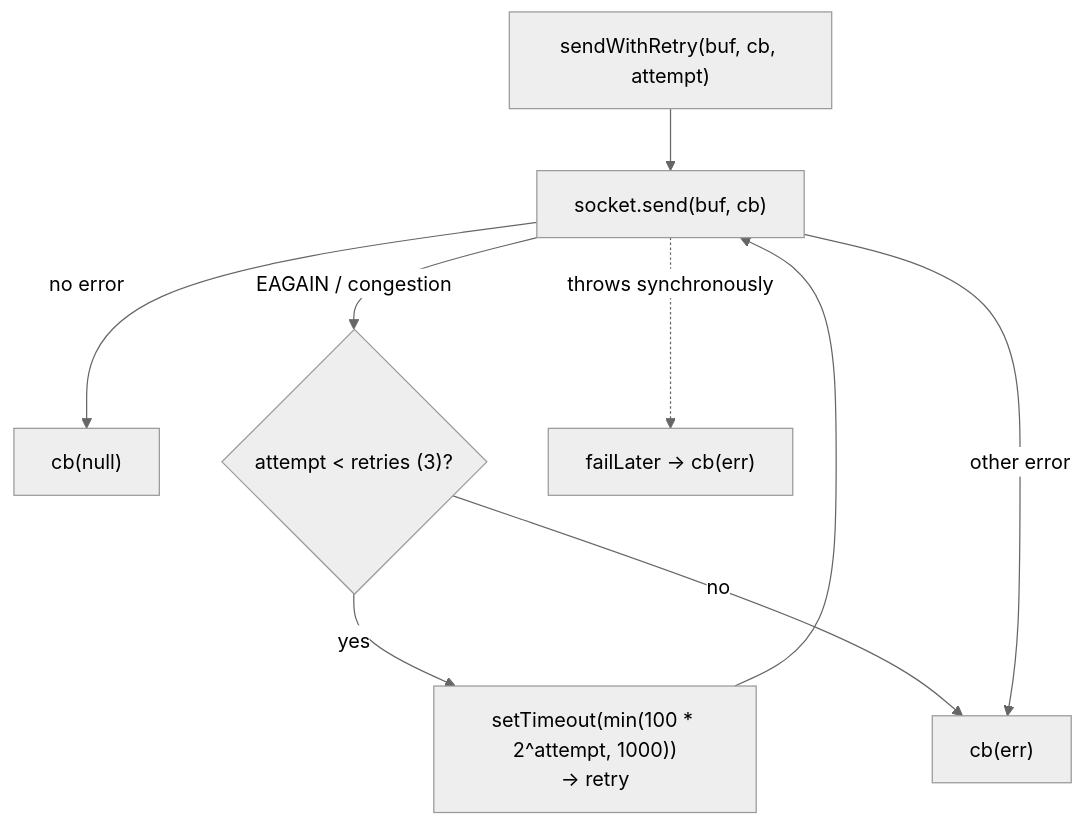
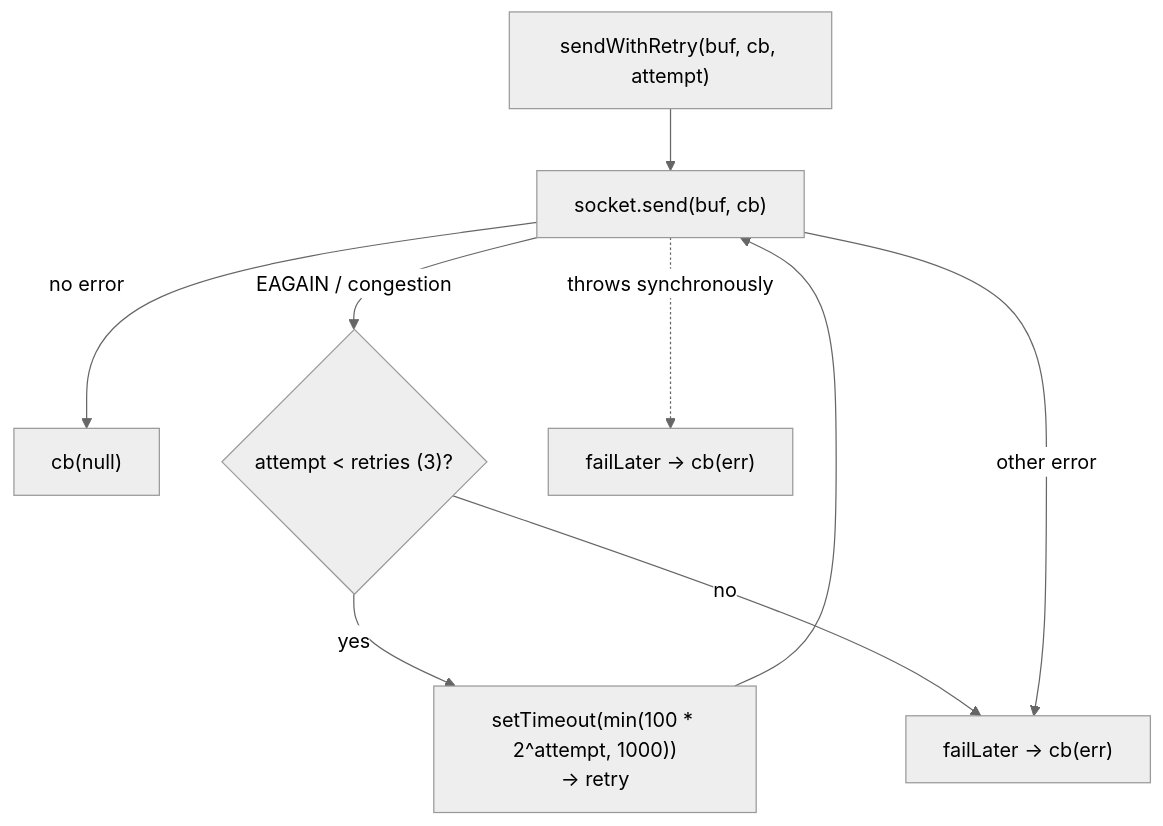
Before and after one commit to bdeitte/hot-shots: the seventh of 8 diagrams in NETWORKING.md, drawn with Mermaid (neutral theme). The commit also changed other lines of this file and 12 other files, not shown here.

````diff
--- a/NETWORKING.md
+++ b/NETWORKING.md
@@ -234,11 +245,11 @@
 ```mermaid
 flowchart TD
     S["sendWithRetry(buf, cb, attempt)"] --> W["socket.send(buf, cb)"]
     W -->|"no error"| OK["cb(null)"]
     W -->|"EAGAIN / congestion"| R{"attempt < retries (3)?"}
     R -->|yes| B["setTimeout(min(100 * 2^attempt, 1000))<br/>→ retry"]
     B --> W
-    R -->|no| F["cb(err)"]
+    R -->|no| F["failLater → cb(err)"]
     W -->|"other error"| F
     W -.->|"throws synchronously"| FL["failLater → cb(err)"]
 ```
````
